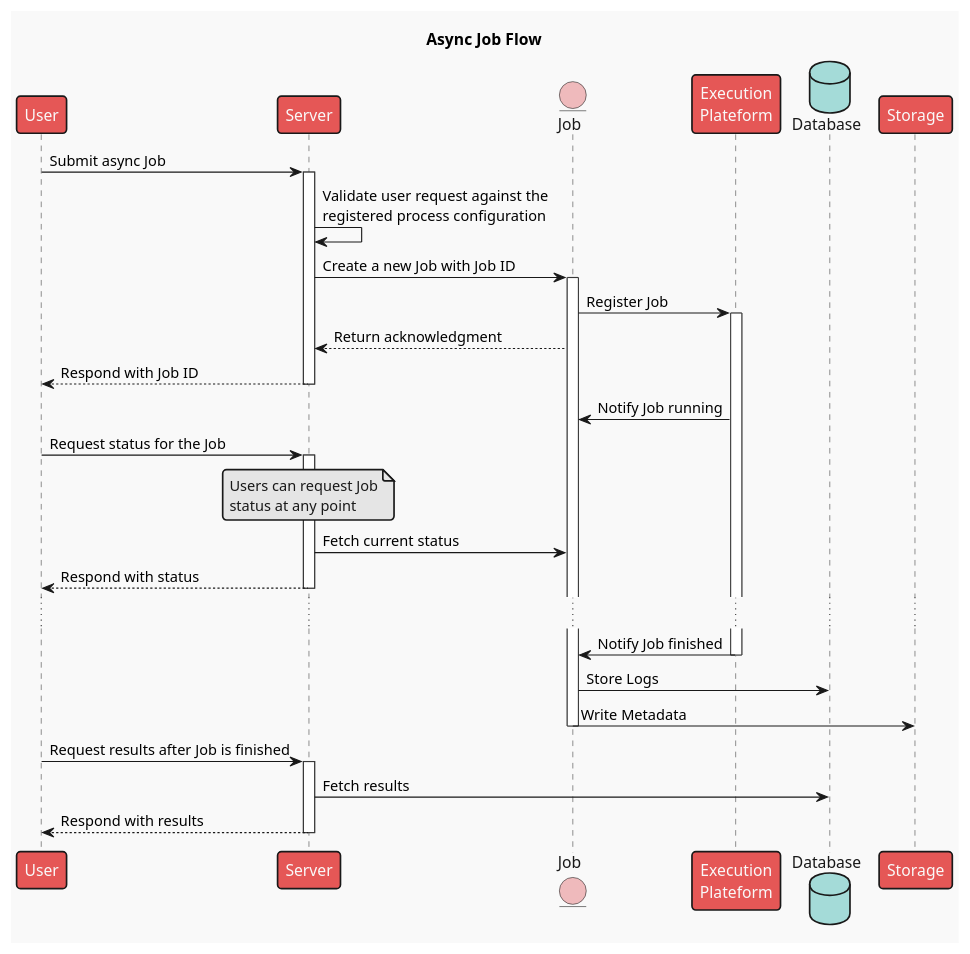
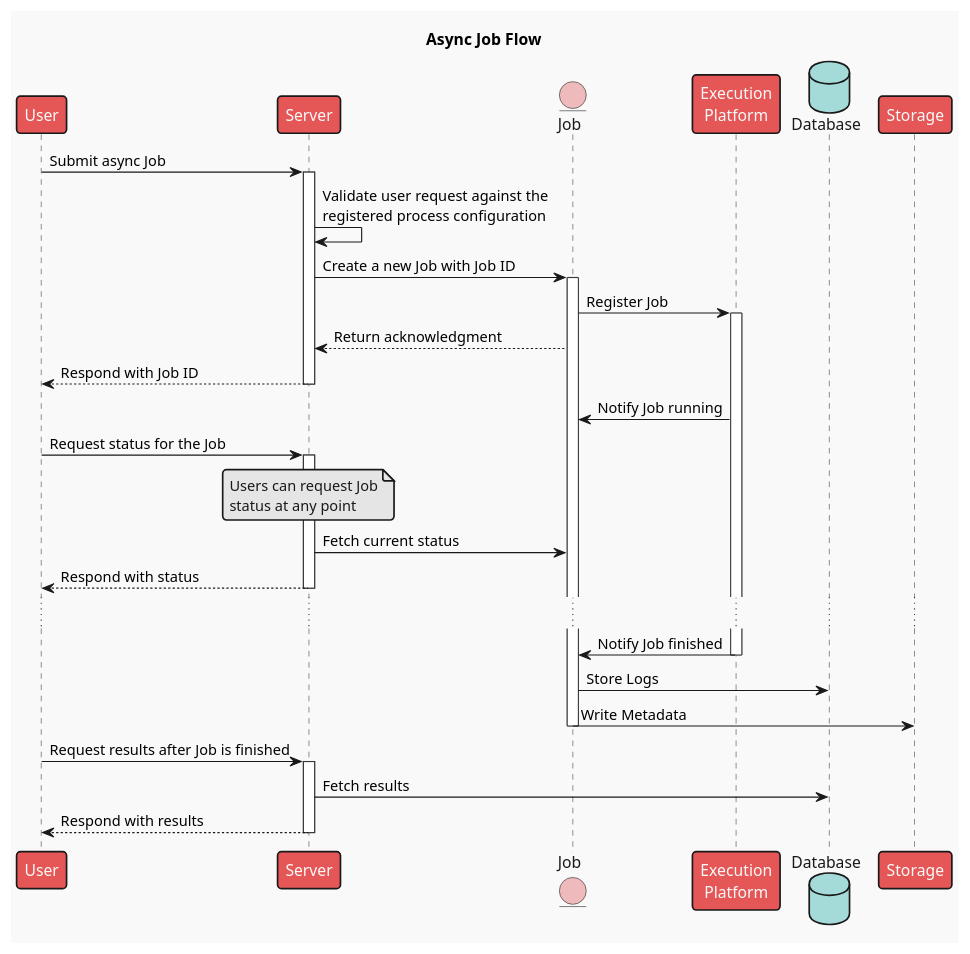
Before and after one commit to Dewberry/process-api: the diagram in imgs/umls/sequence-diagrams/async-job.puml, drawn with PlantUML. The commit also changed 7 other files, not shown here.

```diff
--- a/imgs/umls/sequence-diagrams/async-job.puml
+++ b/imgs/umls/sequence-diagrams/async-job.puml
@@ -1,49 +1,49 @@
 @startuml async-Job
 !theme mars
 
 title Async Job Flow
 
 participant User
 participant Server
 entity Job
-participant "Execution\nPlateform"
+participant "Execution\nPlatform"
 database Database
 participant Storage
 
 User -> Server: Submit async Job
 activate Server
 
 Server -> Server: Validate user request against the\nregistered process configuration
 
 Server -> Job: Create a new Job with Job ID
 activate Job
-Job -> "Execution\nPlateform": Register Job
-activate "Execution\nPlateform"
+Job -> "Execution\nPlatform": Register Job
+activate "Execution\nPlatform"
 
 Job --> Server: Return acknowledgment
 Server --> User: Respond with Job ID
 deactivate Server
 
-"Execution\nPlateform" -> Job: Notify Job running
+"Execution\nPlatform" -> Job: Notify Job running
 
 User -> Server: Request status for the Job
 Note over Server: Users can request Job\nstatus at any point
 activate Server
 Server -> Job: Fetch current status
 Server --> User: Respond with status
 deactivate Server
 
 ...
-"Execution\nPlateform" -> Job: Notify Job finished
-deactivate "Execution\nPlateform"
+"Execution\nPlatform" -> Job: Notify Job finished
+deactivate "Execution\nPlatform"
 Job -> Database: Store Logs
 Job -> Storage: Write Metadata
 deactivate Job
 
 User -> Server: Request results after Job is finished
 activate Server
 Server -> Database: Fetch results
 Server --> User: Respond with results
 deactivate Server
 
 @enduml
```
